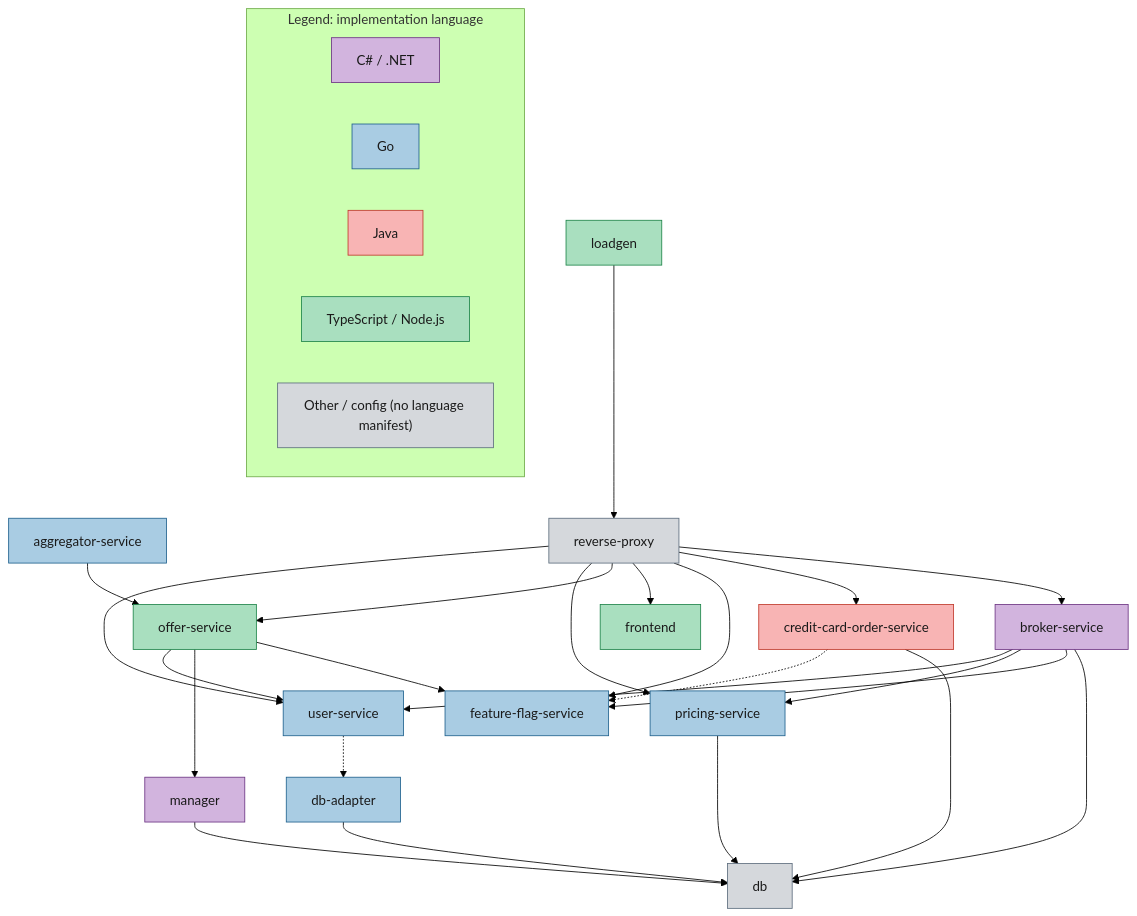
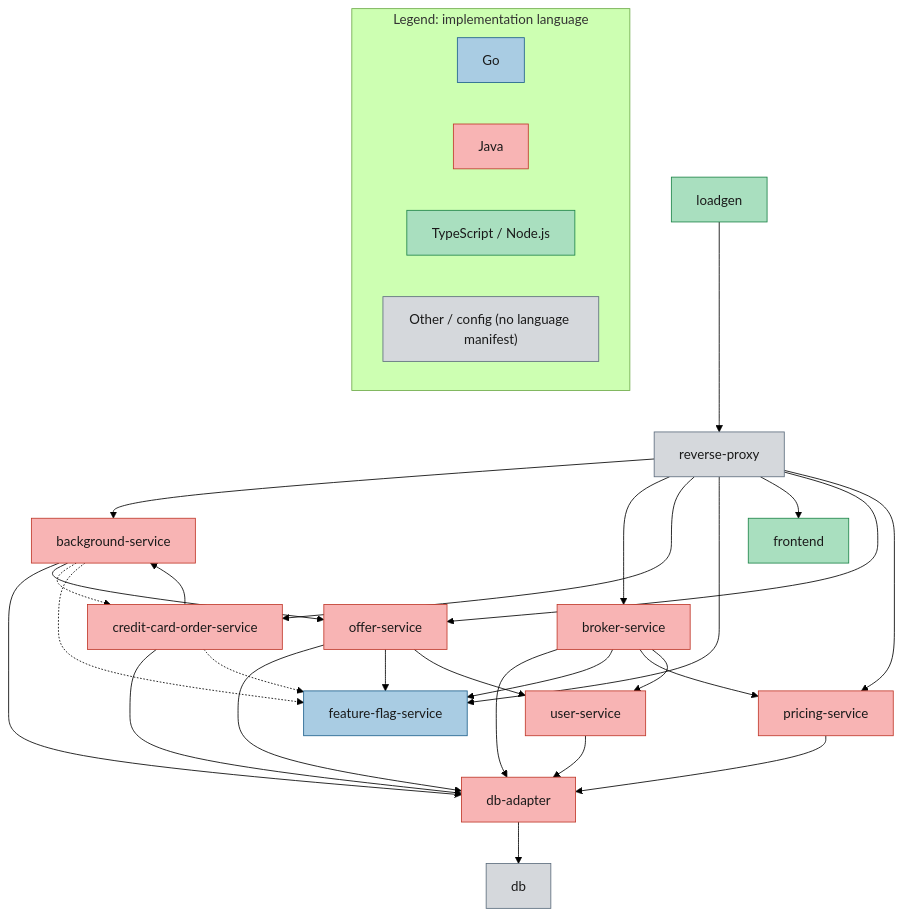
Before and after one commit to Dynatrace/easytrade: the diagram in README.md, drawn with Mermaid (forest theme). The commit also changed other lines of this file and 23 other files, not shown here.

````diff
--- a/README.md
+++ b/README.md
@@ -14,48 +12,46 @@
 ```mermaid
 flowchart TD
-    aggregator-service --> offer-service
-    broker-service --> db
+    background-service --> db-adapter
+    background-service --> offer-service
+    broker-service --> db-adapter
     broker-service --> feature-flag-service
     broker-service --> pricing-service
     broker-service --> user-service
-    credit-card-order-service --> db
+    credit-card-order-service --> background-service
+    credit-card-order-service --> db-adapter
     db-adapter --> db
+    loadgen --> reverse-proxy
+    offer-service --> db-adapter
+    offer-service --> feature-flag-service
+    offer-service --> user-service
+    pricing-service --> db-adapter
+    reverse-proxy --> background-service
     reverse-proxy --> broker-service
     reverse-proxy --> credit-card-order-service
     reverse-proxy --> feature-flag-service
     reverse-proxy --> frontend
     reverse-proxy --> offer-service
     reverse-proxy --> pricing-service
-    reverse-proxy --> user-service
-    loadgen --> reverse-proxy
-    manager --> db
-    offer-service --> feature-flag-service
-    offer-service --> manager
-    offer-service --> user-service
-    pricing-service --> db
+    user-service --> db-adapter
+    background-service -.-> credit-card-order-service
+    background-service -.-> feature-flag-service
     credit-card-order-service -.-> feature-flag-service
-    user-service -.-> db-adapter
 
-    class broker-service,manager dotnet
-    class aggregator-service,db-adapter,feature-flag-service,pricing-service,user-service go
-    class problem-operator goOffCompose
-    class credit-card-order-service java
-    class frontend,loadgen,offer-service node
+    class feature-flag-service go
+    class background-service,broker-service,credit-card-order-service,db-adapter,offer-service,pricing-service,user-service java
+    class frontend,loadgen node
     class db,reverse-proxy other
 
-    classDef dotnet fill:#d2b4de,stroke:#6c3483,color:#1a1a1a,stroke-width:1px
     classDef go fill:#a9cce3,stroke:#1f618d,color:#1a1a1a,stroke-width:1px
     classDef java fill:#f8b4b4,stroke:#c0392b,color:#1a1a1a,stroke-width:1px
     classDef node fill:#a9dfbf,stroke:#1e8449,color:#1a1a1a,stroke-width:1px
     classDef other fill:#d5d8dc,stroke:#5d6d7e,color:#1a1a1a,stroke-width:1px
-    classDef goOffCompose fill:#a9cce3,stroke:#1f618d,color:#1a1a1a,stroke-width:1px,stroke-dasharray:5 5
 
     subgraph Legend[Legend: implementation language]
         direction LR
-        legend_dotnet["C# / .NET"]:::dotnet
         legend_go["Go"]:::go
         legend_java["Java"]:::java
         legend_node["TypeScript / Node.js"]:::node
         legend_other["Other / config (no language manifest)"]:::other
     end
 ```
````
